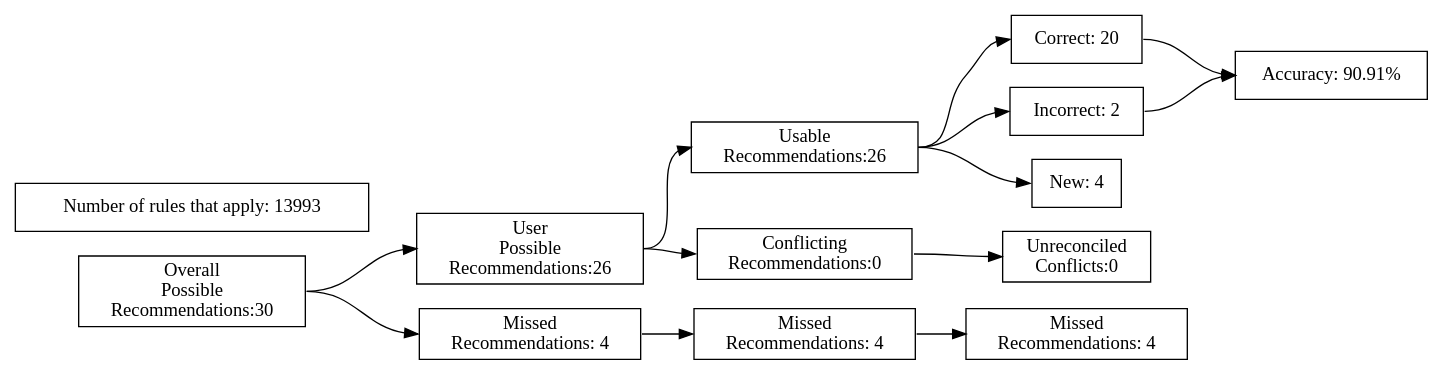
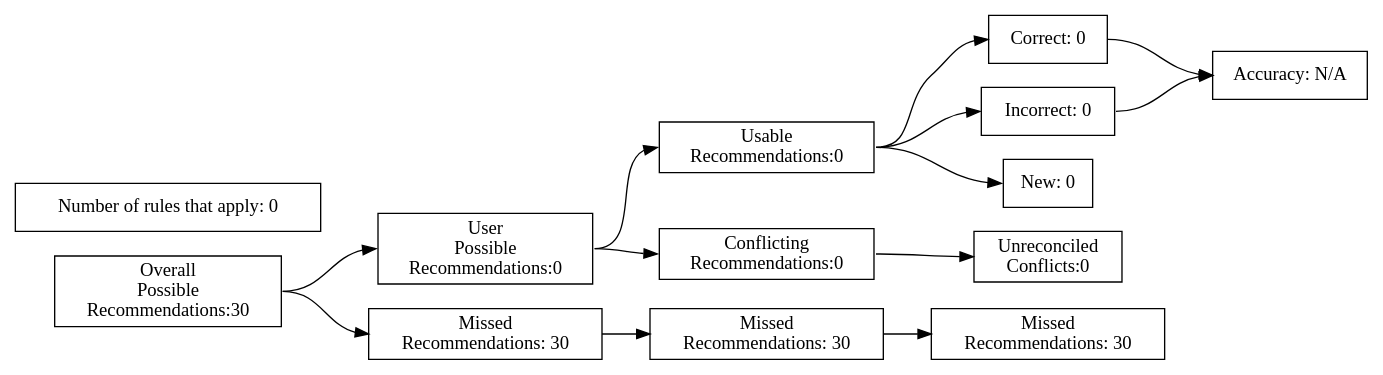
The diagram in test_renders/23.gv (ZaxR/ibd_diet_analysis), drawn with Graphviz before and after one commit. The commit also changed 78 other files, not shown here.

```diff
--- a/test_renders/23.gv
+++ b/test_renders/23.gv
@@ -1,40 +1,40 @@
 digraph {
 	graph [rankdir=LR]
 	node [pos=r shape=box]
 	edge [headport=w tailport=e]
 		A [label="Overall
 Possible
 Recommendations:30"]
 		B [label="User
 Possible
-Recommendations:26"]
+Recommendations:0"]
 		C [label="Missed
-Recommendations: 4"]
+Recommendations: 30"]
 		D [label="Usable
-Recommendations:26"]
+Recommendations:0"]
 		E [label="Conflicting
 Recommendations:0"]
 		J [label="Missed
-Recommendations: 4"]
+Recommendations: 30"]
 		M [label="Unreconciled
 Conflicts:0"]
-		F [label="Correct: 20"]
-		G [label="Incorrect: 2"]
-		H [label="New: 4"]
+		F [label="Correct: 0"]
+		G [label="Incorrect: 0"]
+		H [label="New: 0"]
 		K [label="Missed
-Recommendations: 4"]
-		I [label="Accuracy: 90.91%"]
-		l [label="Number of rules that apply: 13993"]
+Recommendations: 30"]
+		I [label="Accuracy: N/A"]
+		l [label="Number of rules that apply: 0"]
 			A -> B
 			A -> C
 			B -> D
 			B -> E
 			D -> F
 			D -> G
 			D -> H
 			F -> I
 			G -> I
 			C -> J
 			J -> K
 			E -> M
 }
```
